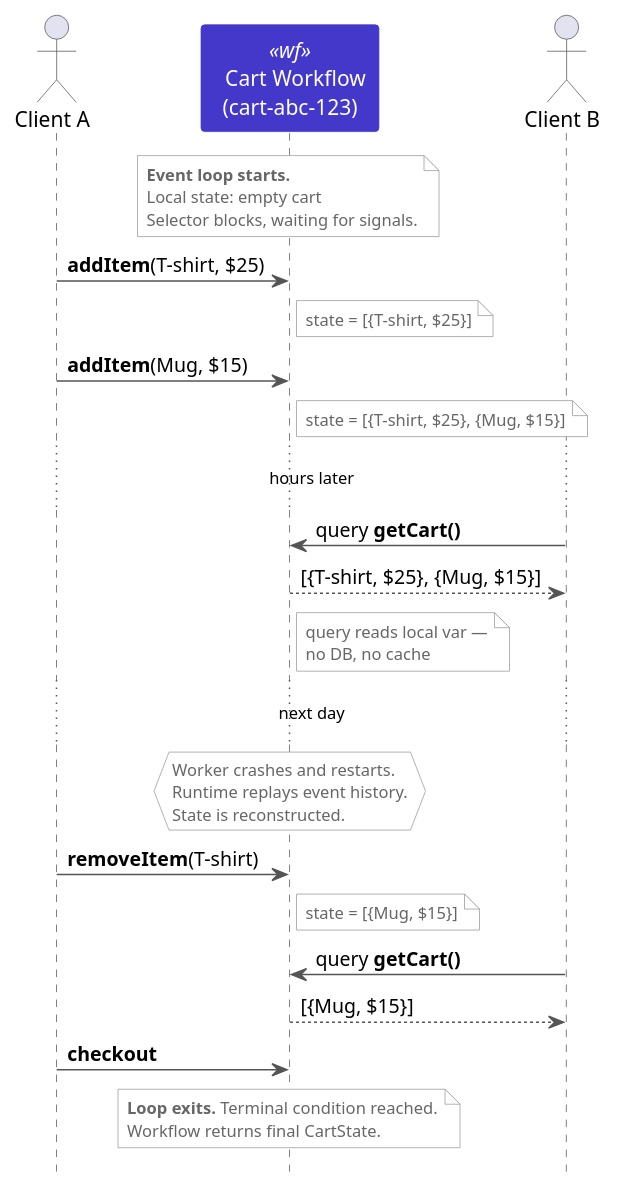
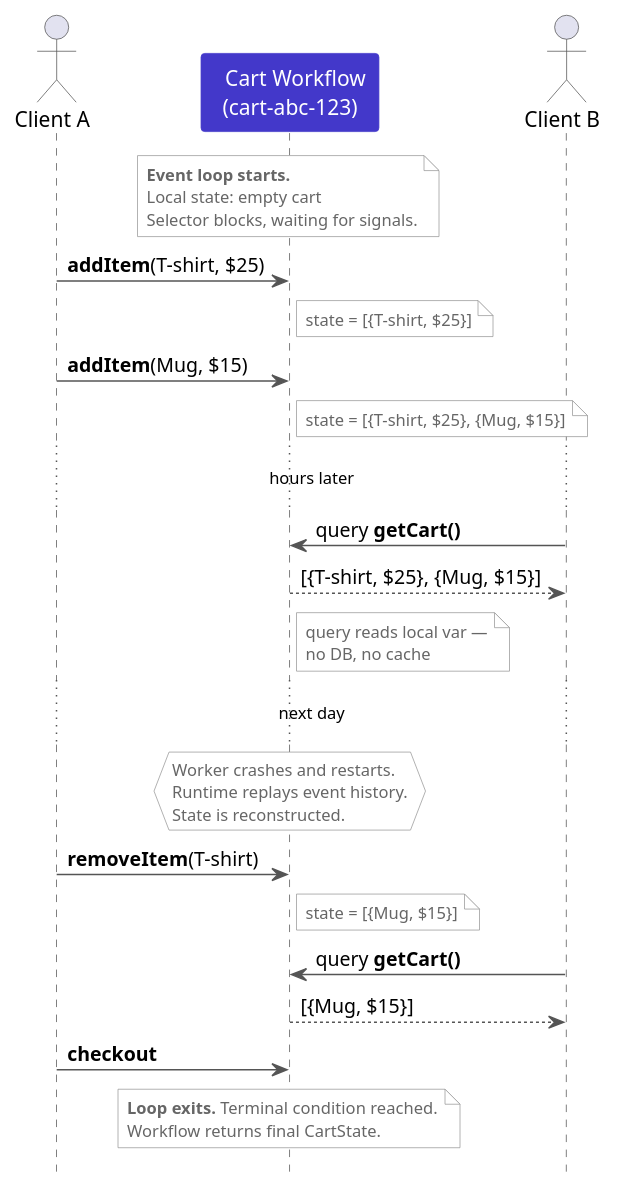
Before and after one commit to tomwheeler/durable-execution-design-patterns: the diagram in diagrams/ch01-entity-participants.puml, drawn with PlantUML. The commit also changed 2 other files, not shown here.

```diff
--- a/diagrams/ch01-entity-participants.puml
+++ b/diagrams/ch01-entity-participants.puml
@@ -1,68 +1,69 @@
 @startuml
 skinparam backgroundColor transparent
 skinparam sequence {
   ArrowColor #555555
   LifeLineBorderColor #555555
   LifeLineBackgroundColor #ffffff
   ParticipantBorderColor #555555
   ParticipantBackgroundColor #ffffff
   ParticipantFontColor #333333
   ParticipantFontSize 14
   ActorBorderColor #555555
   ParticipantBackgroundColor<<wf>> #4338CA
   ParticipantBorderColor<<wf>> #4338CA
   ParticipantFontColor<<wf>> #ffffff
 }
 skinparam note {
   BackgroundColor #ffffff
   BorderColor #999999
   FontSize 11
   FontColor #666666
 }
 
 hide footbox
+hide <<wf>> stereotype
 
 actor "Client A" as a
-participant "  Cart Workflow\n  (cart-abc-123)  " as cart <<wf>>
+participant "  <color:#ffffff>Cart Workflow</color>\n  <color:#ffffff>(cart-abc-123)</color>  " as cart <<wf>>
 actor "Client B" as b
 
 note over cart #ffffff
   **Event loop starts.**
   Local state: empty cart
   Selector blocks, waiting for signals.
 end note
 
 a -> cart : **addItem**(T-shirt, $25)
 note right of cart #ffffff: state = [{T-shirt, $25}]
 
 a -> cart : **addItem**(Mug, $15)
 note right of cart #ffffff: state = [{T-shirt, $25}, {Mug, $15}]
 
 ...hours later...
 
 b -> cart : query **getCart()**
 cart --> b : [{T-shirt, $25}, {Mug, $15}]
 note right of cart #ffffff: query reads local var —\nno DB, no cache
 
 ...next day...
 
 hnote over cart #ffffff
   Worker crashes and restarts.
   Runtime replays event history.
   State is reconstructed.
 end hnote
 
 a -> cart : **removeItem**(T-shirt)
 note right of cart #ffffff: state = [{Mug, $15}]
 
 b -> cart : query **getCart()**
 cart --> b : [{Mug, $15}]
 
 a -> cart : **checkout**
 
 note over cart #ffffff
   **Loop exits.** Terminal condition reached.
   Workflow returns final CartState.
 end note
 
 @enduml
```
